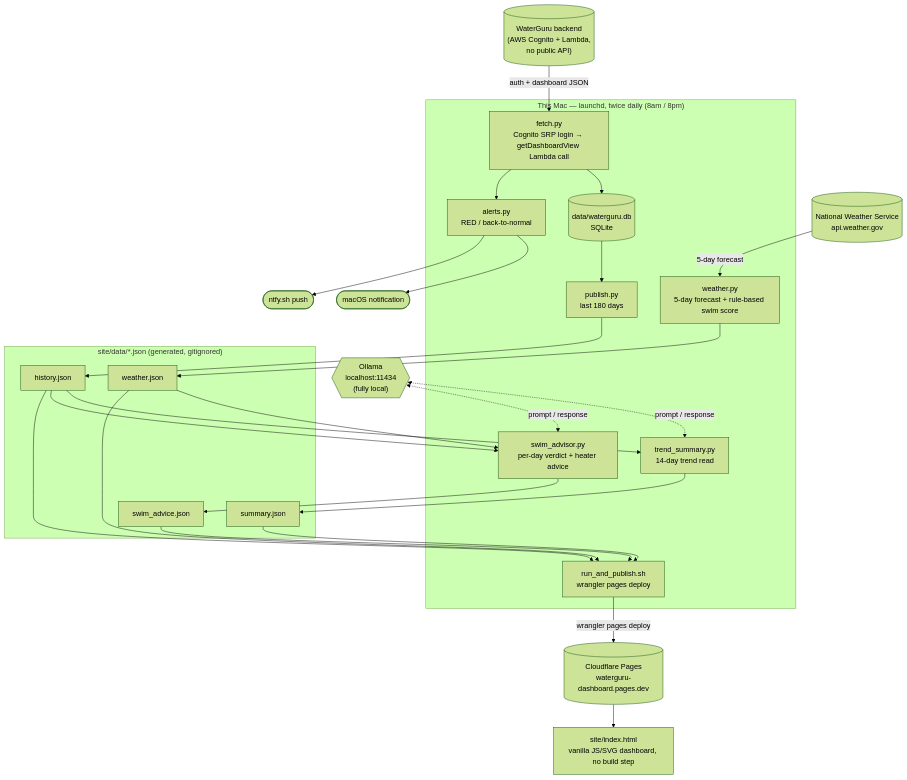
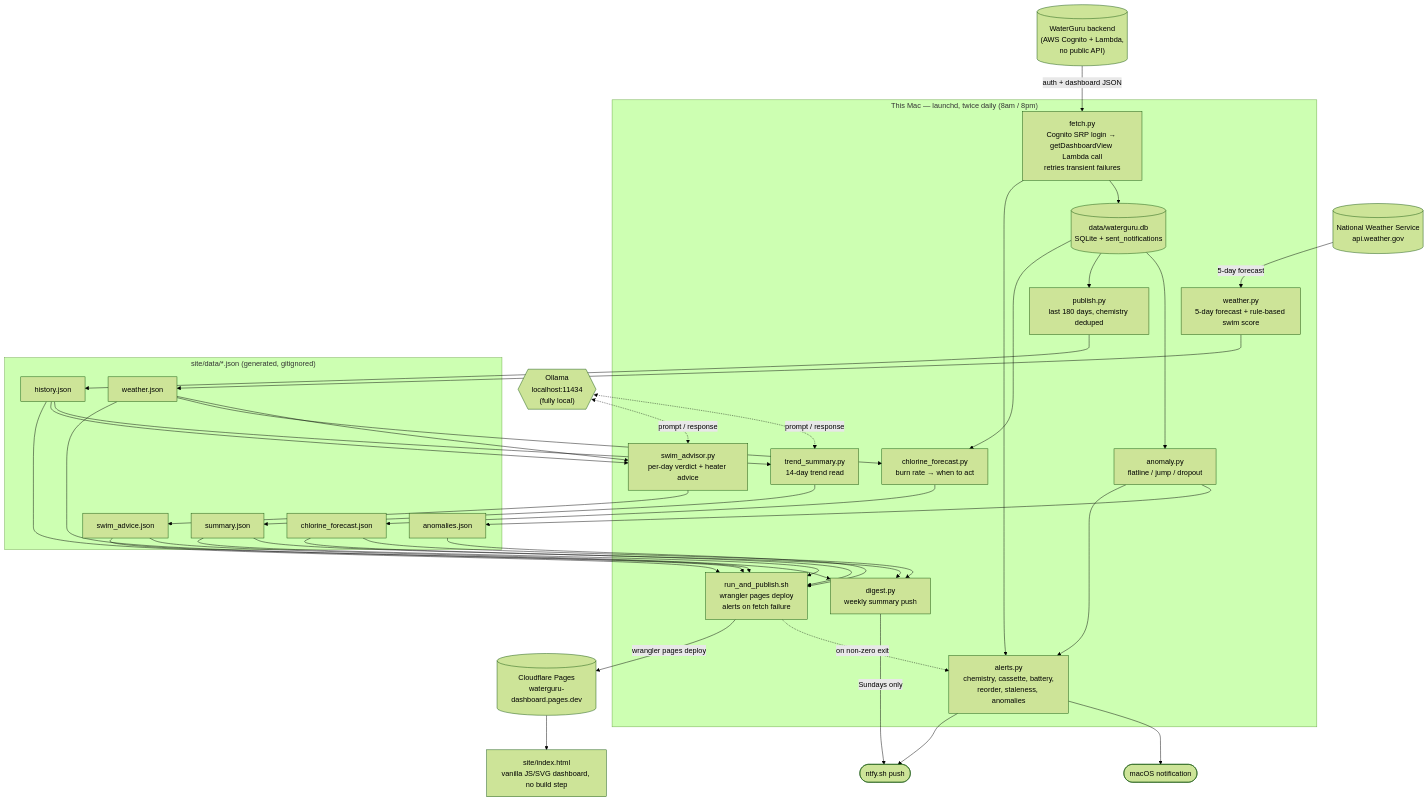
Before and after one commit to billford/waterguru-dashboard: the diagram in README.md, drawn with Mermaid (forest theme). The commit also changed other lines of this file, not shown here.

````diff
--- a/README.md
+++ b/README.md
@@ -42,48 +101,64 @@
 ```mermaid
 flowchart TD
     WG[("WaterGuru backend<br/>(AWS Cognito + Lambda,<br/>no public API)")]
     NWS[("National Weather Service<br/>api.weather.gov")]
     OLLAMA{{"Ollama<br/>localhost:11434<br/>(fully local)"}}
 
     subgraph Mac["This Mac — launchd, twice daily (8am / 8pm)"]
-        FETCH["fetch.py<br/>Cognito SRP login → getDashboardView Lambda call"]
-        DB[("data/waterguru.db<br/>SQLite")]
-        PUBLISH["publish.py<br/>last 180 days"]
+        FETCH["fetch.py<br/>Cognito SRP login → getDashboardView Lambda call<br/>retries transient failures"]
+        DB[("data/waterguru.db<br/>SQLite + sent_notifications")]
+        PUBLISH["publish.py<br/>last 180 days, chemistry deduped"]
         WEATHER["weather.py<br/>5-day forecast + rule-based swim score"]
         TREND["trend_summary.py<br/>14-day trend read"]
         ADVISOR["swim_advisor.py<br/>per-day verdict + heater advice"]
-        ALERTS["alerts.py<br/>RED / back-to-normal"]
-        DEPLOY["run_and_publish.sh<br/>wrangler pages deploy"]
+        CLFC["chlorine_forecast.py<br/>burn rate → when to act"]
+        ANOM["anomaly.py<br/>flatline / jump / dropout"]
+        ALERTS["alerts.py<br/>chemistry, cassette, battery,<br/>reorder, staleness, anomalies"]
+        DIGEST["digest.py<br/>weekly summary push"]
+        DEPLOY["run_and_publish.sh<br/>wrangler pages deploy<br/>alerts on fetch failure"]
     end
 
     subgraph SiteData["site/data/*.json (generated, gitignored)"]
         HIST[history.json]
         SUMM[summary.json]
         WX[weather.json]
         ADV[swim_advice.json]
+        CLJ[chlorine_forecast.json]
+        ANJ[anomalies.json]
     end
 
     CF[("Cloudflare Pages<br/>waterguru-dashboard.pages.dev")]
     SITE["site/index.html<br/>vanilla JS/SVG dashboard, no build step"]
     MACOS(["macOS notification"])
     NTFY(["ntfy.sh push"])
 
     WG -->|"auth + dashboard JSON"| FETCH
     FETCH --> DB
     FETCH --> ALERTS
+    DB --> ANOM --> ANJ
+    ANOM --> ALERTS
     ALERTS --> MACOS
     ALERTS --> NTFY
+    DEPLOY -.->|"on non-zero exit"| ALERTS
     DB --> PUBLISH --> HIST
     NWS -->|"5-day forecast"| WEATHER --> WX
     HIST --> TREND
     OLLAMA <-.->|"prompt / response"| TREND --> SUMM
     WX --> ADVISOR
     HIST --> ADVISOR
     OLLAMA <-.->|"prompt / response"| ADVISOR --> ADV
+    DB --> CLFC
+    WX --> CLFC --> CLJ
+    SUMM --> DIGEST
+    CLJ --> DIGEST
+    ADV --> DIGEST
+    DIGEST -->|"Sundays only"| NTFY
     HIST --> DEPLOY
     SUMM --> DEPLOY
     WX --> DEPLOY
     ADV --> DEPLOY
+    CLJ --> DEPLOY
+    ANJ --> DEPLOY
     DEPLOY -->|"wrangler pages deploy"| CF
     CF --> SITE
 ```
````
